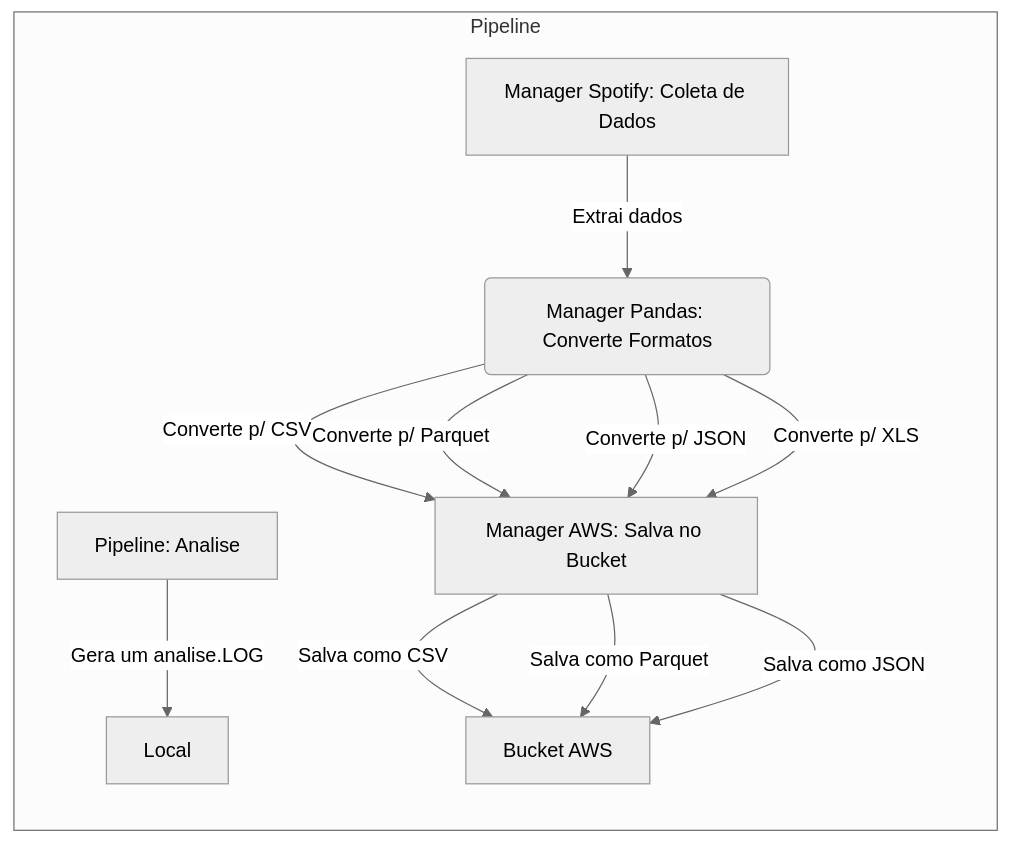
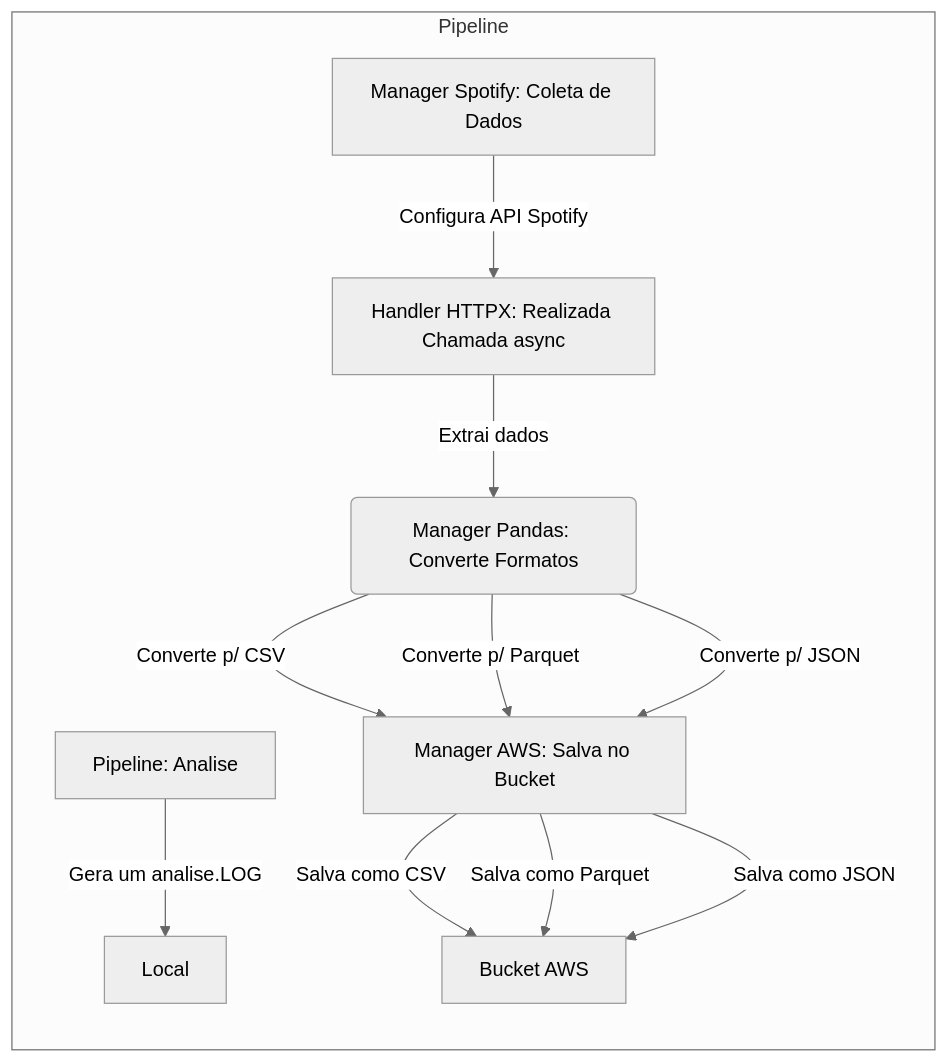
Before and after one commit to lvgalvao/datalake-format-explorer: the diagram in docs/index.md, drawn with Mermaid (neutral theme). The commit also changed other lines of this file and 8 other files, not shown here.

````diff
--- a/docs/index.md
+++ b/docs/index.md
@@ -13,14 +13,14 @@
 ```mermaid
 flowchart LR
     subgraph pipeline[Pipeline]
-        A[Manager Spotify: Coleta de Dados] -->|Extrai dados| B(Manager Pandas: Converte Formatos)
-        E[Pipeline: Analise] --> |Gera um analise.LOG| D2[Local]
-        B -->|Converte p/ CSV| C[Load: Salva no Bucket]
-        B -->|Converte p/ Parquet| C[Manager AWS: Salva no Bucket]
-        B -->|Converte p/ JSON| C[Manager AWS: Salva no Bucket]
-        B -->|Converte p/ XLS| C[Manager AWS: Salva no Bucket]
-        C -->|Salva como CSV| D1[Bucket AWS]
-        C -->|Salva como Parquet| D1[Bucket AWS]
-        C -->|Salva como JSON| D1[Bucket AWS]
+        A[Manager Spotify: Coleta de Dados] -->|Configura API Spotify| B(Handler HTTPX: Realizada Chamada async)
+        B[Handler HTTPX: Realizada Chamada async] -->|Extrai dados| C(Manager Pandas: Converte Formatos)
+        F[Pipeline: Analise] --> |Gera um analise.LOG| D2[Local]
+        C -->|Converte p/ CSV| D[Load: Salva no Bucket]
+        C -->|Converte p/ Parquet| D[Manager AWS: Salva no Bucket]
+        C -->|Converte p/ JSON| D[Manager AWS: Salva no Bucket]
+        D -->|Salva como CSV| E1[Bucket AWS]
+        D -->|Salva como Parquet| E1[Bucket AWS]
+        D -->|Salva como JSON| E1[Bucket AWS]
     end
 ```
````
